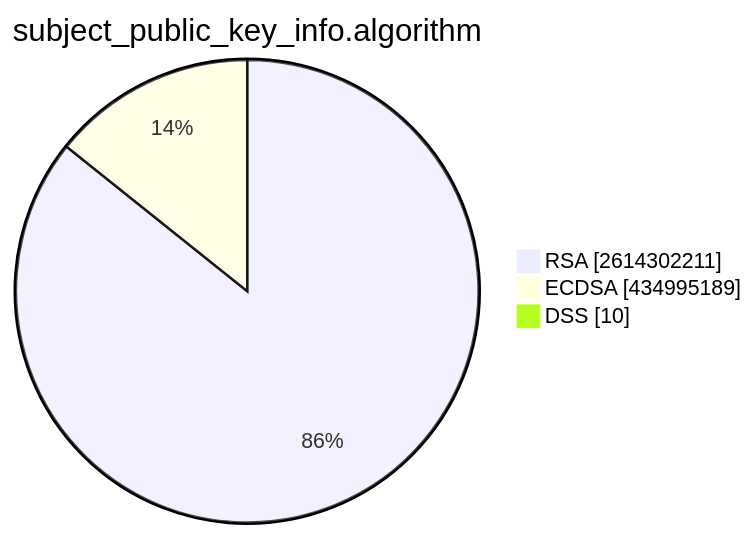
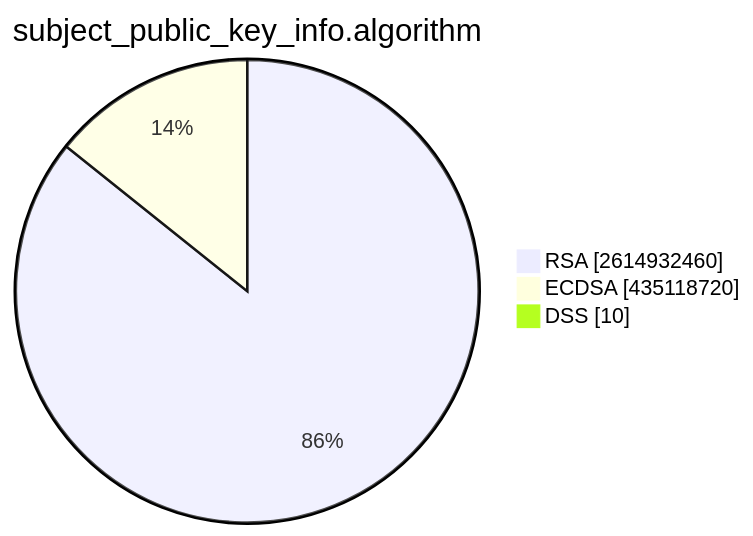
Before and after one commit to christiankrug/ctmonitor_visualization: the second of 15 diagrams in TOTAL/README.md, drawn with Mermaid. The commit also changed other lines of this file, not shown here.

````diff
--- a/TOTAL/README.md
+++ b/TOTAL/README.md
@@ -6,7 +6,7 @@
 ```mermaid
 pie showData
 title subject_public_key_info.algorithm
-"RSA" :2614302211
-"ECDSA" :434995189
+"RSA" :2614932460
+"ECDSA" :435118720
 "DSS" :10
 ```
````
